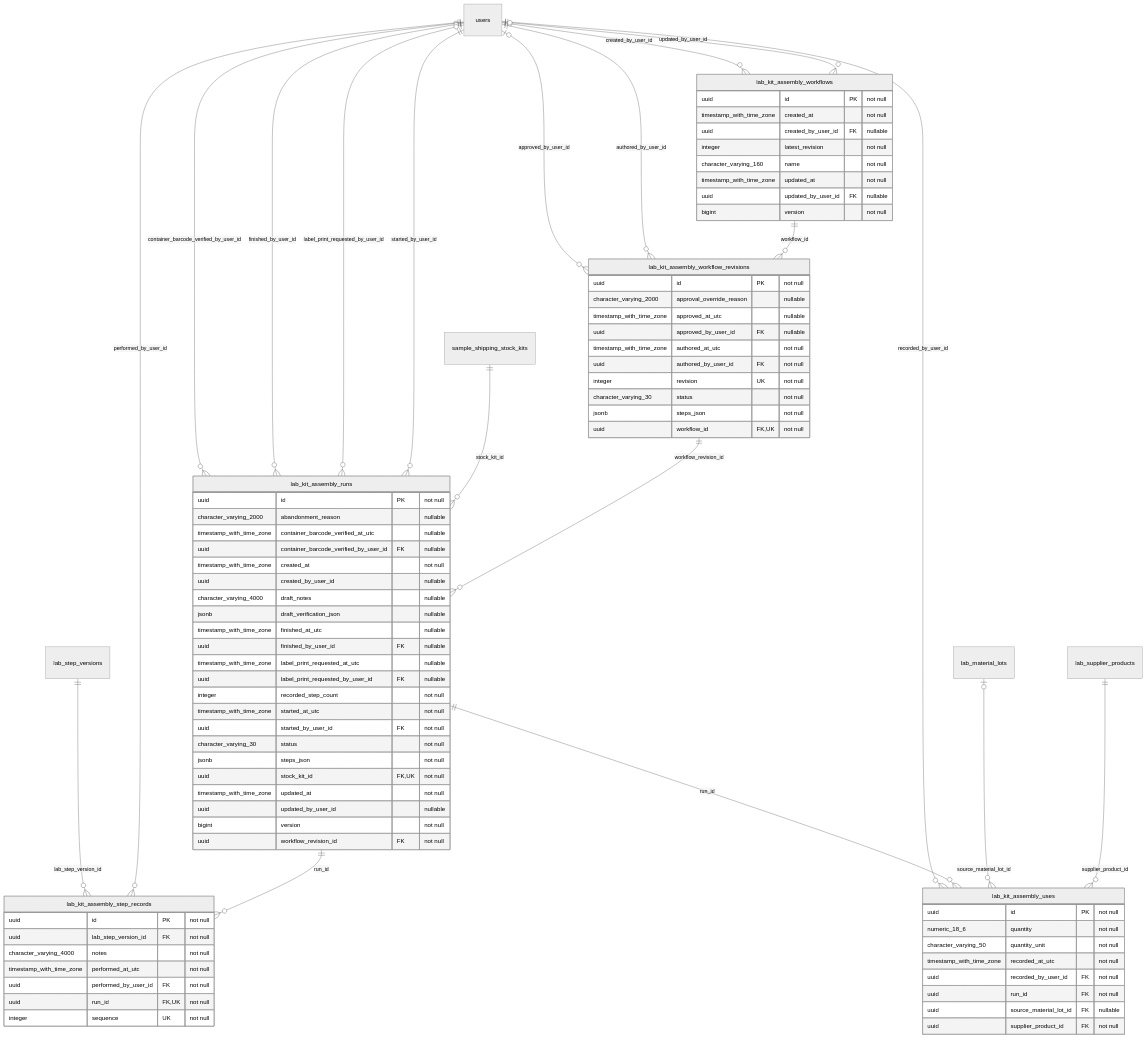
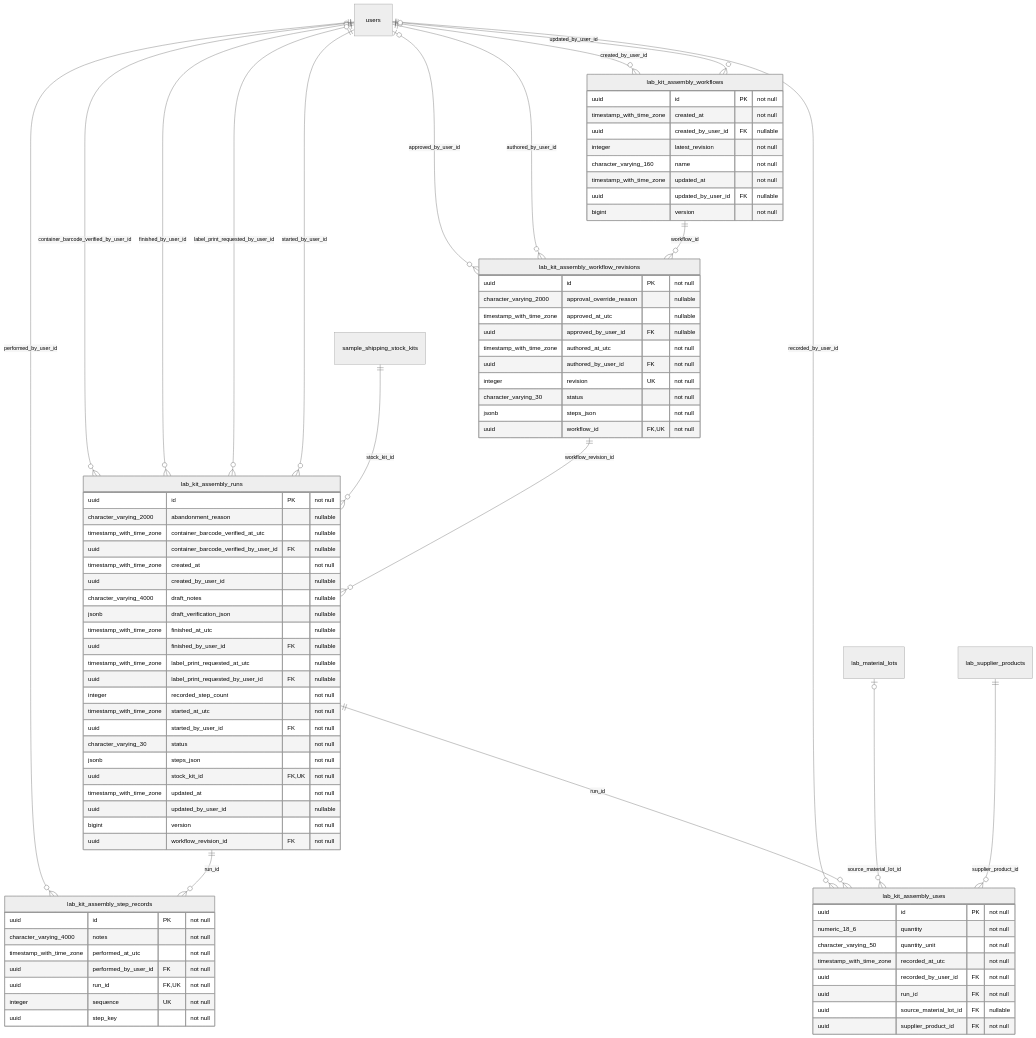
Before and after one commit to behaack/phaeno-ops-mgmt-system: diagram 33 of 38 in docs/database-erd.md, drawn with Mermaid (neutral theme). The commit also changed other lines of this file and 95 other files, not shown here.

```diff
--- a/docs/database-erd.md
+++ b/docs/database-erd.md
@@ -4504,12 +4518,12 @@
     }
     lab_kit_assembly_step_records {
         uuid id PK "not null"
-        uuid lab_step_version_id FK "not null"
         character_varying_4000 notes "not null"
         timestamp_with_time_zone performed_at_utc "not null"
         uuid performed_by_user_id FK "not null"
         uuid run_id FK,UK "not null"
         integer sequence UK "not null"
+        uuid step_key "not null"
     }
     lab_kit_assembly_uses {
         uuid id PK "not null"
@@ -4549,7 +4563,6 @@
     users ||--o{ lab_kit_assembly_runs : "started_by_user_id"
     sample_shipping_stock_kits ||--o{ lab_kit_assembly_runs : "stock_kit_id"
     lab_kit_assembly_workflow_revisions ||--o{ lab_kit_assembly_runs : "workflow_revision_id"
-    lab_step_versions ||--o{ lab_kit_assembly_step_records : "lab_step_version_id"
     users ||--o{ lab_kit_assembly_step_records : "performed_by_user_id"
     lab_kit_assembly_runs ||--o{ lab_kit_assembly_step_records : "run_id"
     users ||--o{ lab_kit_assembly_uses : "recorded_by_user_id"
```
